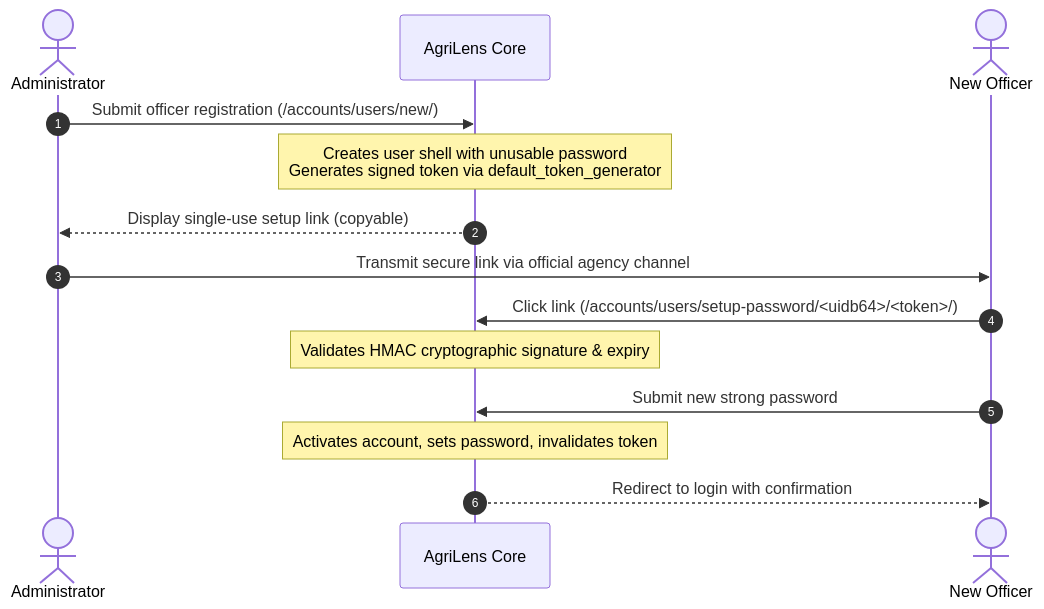
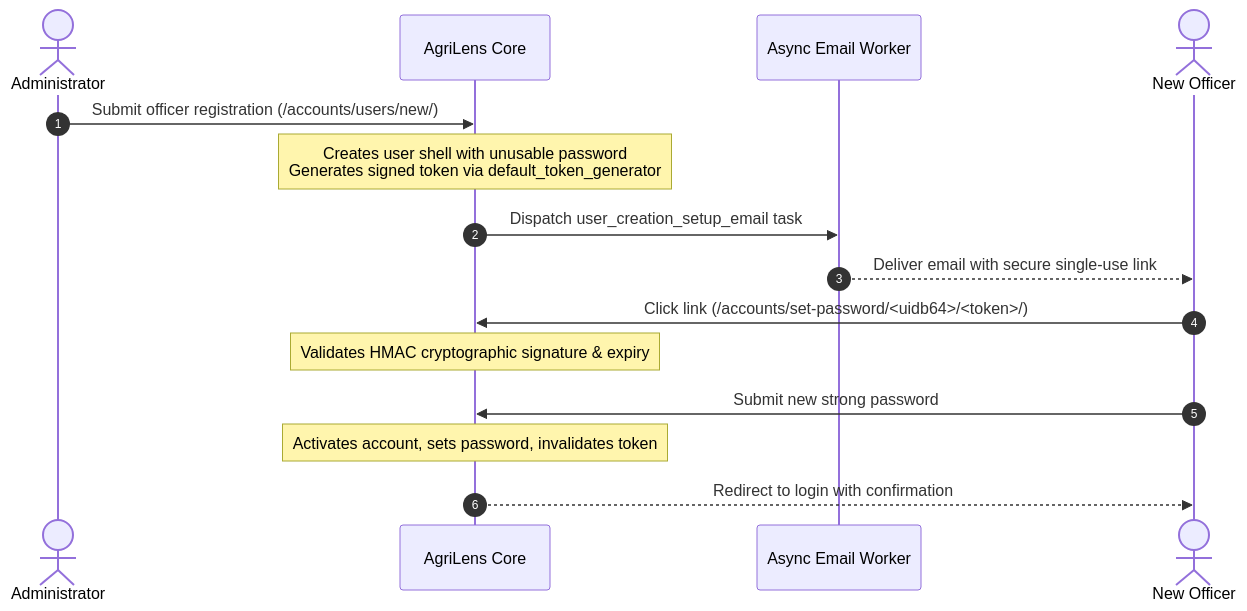
The diagram in docs/user_roles_and_permissions.md (ndolijeandamascene/agrilens), drawn with Mermaid before and after one commit. The commit also changed other lines of this file and 64 other files, not shown here.

````diff
--- a/docs/user_roles_and_permissions.md
+++ b/docs/user_roles_and_permissions.md
@@ -104,17 +102,18 @@
 ```mermaid
 sequenceDiagram
     autonumber
     actor Admin as Administrator
     participant Sys as AgriLens Core
+    participant Worker as Async Email Worker
     actor Officer as New Officer
     
     Admin->>Sys: Submit officer registration (/accounts/users/new/)
     Note over Sys: Creates user shell with unusable password<br/>Generates signed token via default_token_generator
-    Sys-->>Admin: Display single-use setup link (copyable)
-    Admin->>Officer: Transmit secure link via official agency channel
-    Officer->>Sys: Click link (/accounts/users/setup-password/<uidb64>/<token>/)
+    Sys->>Worker: Dispatch user_creation_setup_email task
+    Worker-->>Officer: Deliver email with secure single-use link
+    Officer->>Sys: Click link (/accounts/set-password/<uidb64>/<token>/)
     Note over Sys: Validates HMAC cryptographic signature & expiry
     Officer->>Sys: Submit new strong password
     Note over Sys: Activates account, sets password, invalidates token
     Sys-->>Officer: Redirect to login with confirmation
 ```
````
